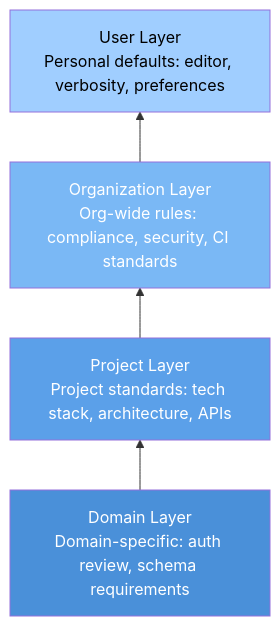
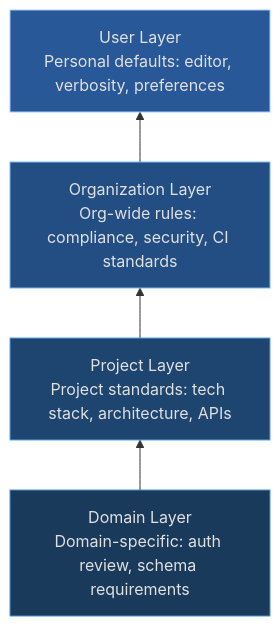
Before and after one commit to specgraph/specgraph: the diagram in site/docs/concepts/constitution.md, drawn with Mermaid. The commit also changed 2 other files, not shown here.

Commit message:
docs(site): fix diagram rendering issues (#882)
docs(site): fix diagram colors for dark theme, fix lifecycle mermaid, add change tracking diagram

- Constitution layer diagram: dark fills with light text for slate theme
- Authoring lifecycle: remove note directives that broke mermaid rendering
- Specs change tracking: add diagram showing version evolution, amendment
  re-entry, supersession, and changelog linkage

````diff
--- a/site/docs/concepts/constitution.md
+++ b/site/docs/concepts/constitution.md
@@ -29,12 +29,12 @@
 ```mermaid
 graph BT
     D["Domain Layer<br/>Domain-specific: auth review, schema requirements"] --> P
     P["Project Layer<br/>Project standards: tech stack, architecture, APIs"] --> O
     O["Organization Layer<br/>Org-wide rules: compliance, security, CI standards"] --> U
     U["User Layer<br/>Personal defaults: editor, verbosity, preferences"]
 
-    style D fill:#4a90d9,color:#fff
-    style P fill:#5ba0e9,color:#fff
-    style O fill:#7ab8f5,color:#fff
-    style U fill:#a0ceff,color:#000
+    style D fill:#1a3a5c,color:#e0e0e0,stroke:#4a90d9
+    style P fill:#1e4470,color:#e0e0e0,stroke:#5ba0e9
+    style O fill:#234e84,color:#e0e0e0,stroke:#7ab8f5
+    style U fill:#285898,color:#e0e0e0,stroke:#a0ceff
 ```
````
